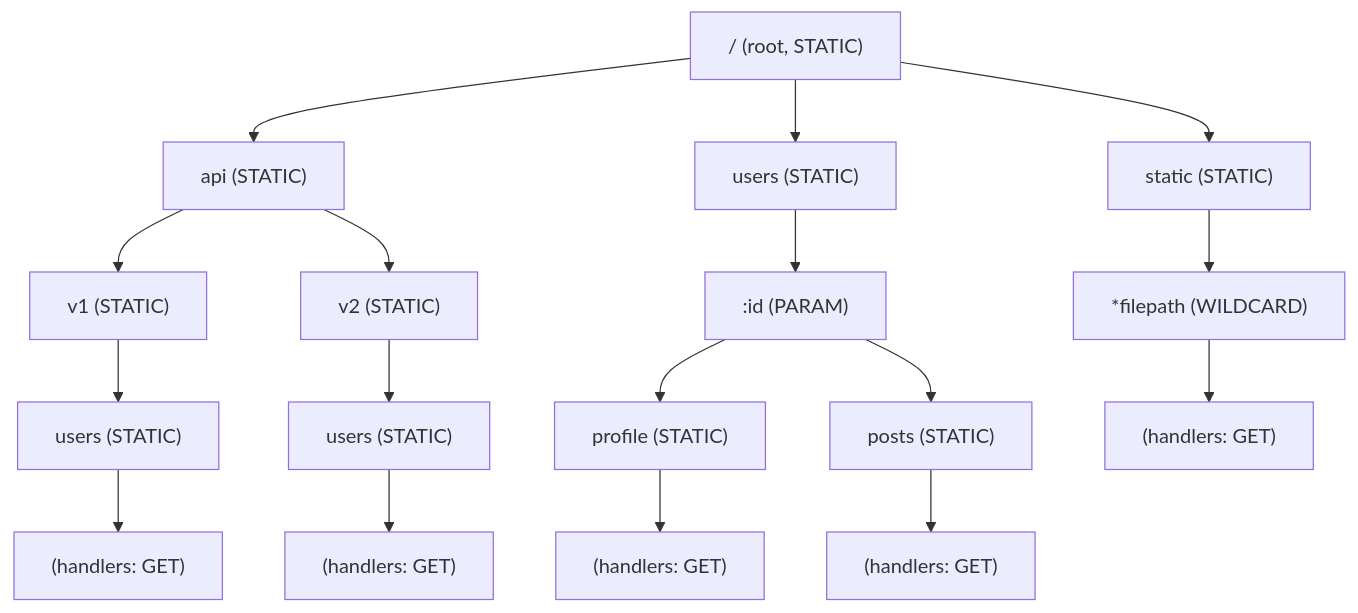
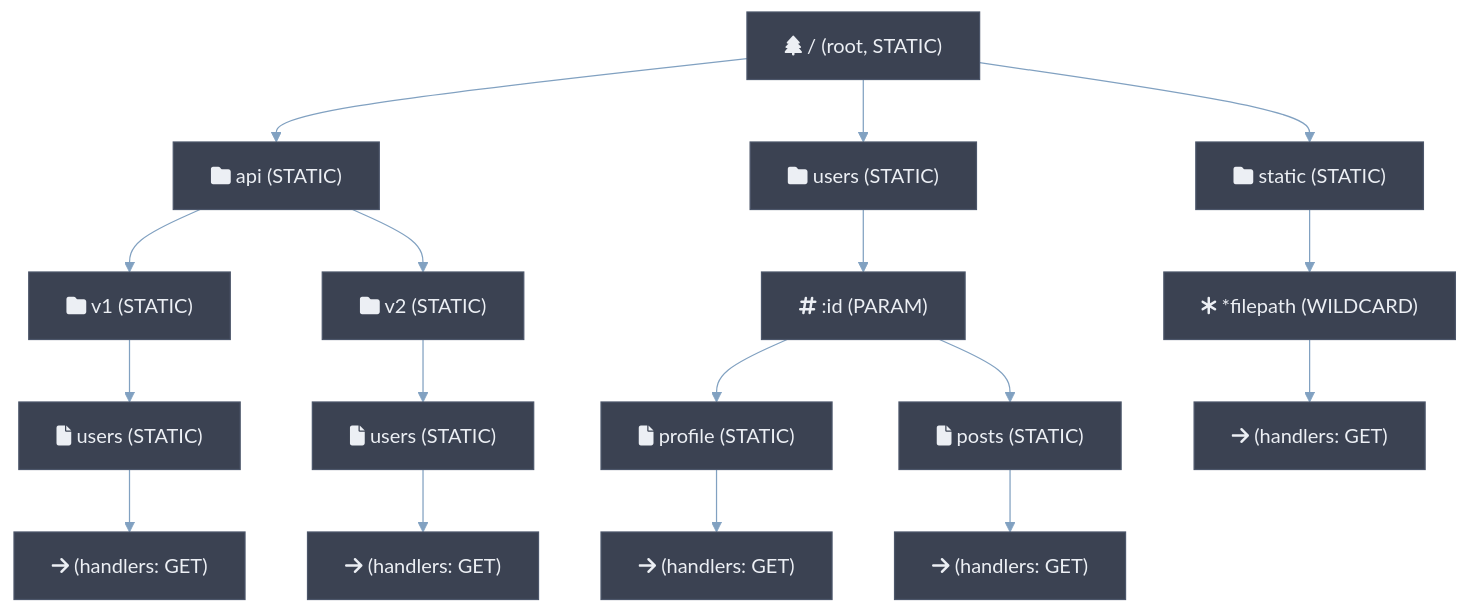
The second of 5 diagrams in docs/module-design/router.md (quintin-lee/csilk), drawn with Mermaid before and after one commit. The commit also changed other lines of this file and 30 other files, not shown here.

Commit message:
docs(docs): 📝 apply Nord Mermaid theme, RFC 2119 keywords, and quantified metrics to all docs

````diff
--- a/docs/module-design/router.md
+++ b/docs/module-design/router.md
@@ -19,27 +41,49 @@
 ```mermaid
+%%{init: {
+  'theme': 'base',
+  'themeVariables': {
+    'background': '#2E3440',
+    'primaryColor': '#81A1C1',
+    'primaryBorderColor': '#4C566A',
+    'primaryTextColor': '#ECEFF4',
+    'secondaryColor': '#3B4252',
+    'secondaryBorderColor': '#434C5E',
+    'secondaryTextColor': '#D8DEE9',
+    'lineColor': '#81A1C1',
+    'textColor': '#ECEFF4',
+    'mainBkg': '#3B4252',
+    'nodeBorder': '#4C566A',
+    'clusterBkg': '#2E3440',
+    'clusterBorder': '#4C566A',
+    'titleColor': '#ECEFF4',
+    'edgeLabelBackground': '#3B4252',
+    'nodeTextColor': '#ECEFF4'
+  },
+  'flowchart': {'htmlLabels': true, 'curve': 'basis'}
+}}%%
 graph TB
-    ROOT["/ (root, STATIC)"]
+    ROOT["fa:fa-tree / (root, STATIC)"]
 
-    ROOT --> API["api (STATIC)"]
+    ROOT --> API["fa:fa-folder api (STATIC)"]
 
-    API --> V1["v1 (STATIC)"]
-    API --> V2["v2 (STATIC)"]
+    API --> V1["fa:fa-folder v1 (STATIC)"]
+    API --> V2["fa:fa-folder v2 (STATIC)"]
 
-    V1 --> US["users (STATIC)"]
-    V2 --> US2["users (STATIC)"]
+    V1 --> US["fa:fa-file users (STATIC)"]
+    V2 --> US2["fa:fa-file users (STATIC)"]
 
-    US --> GET1["(handlers: GET)"]
-    US2 --> GET2["(handlers: GET)"]
+    US --> GET1["fa:fa-arrow-right (handlers: GET)"]
+    US2 --> GET2["fa:fa-arrow-right (handlers: GET)"]
 
-    ROOT --> USERS["users (STATIC)"]
-    USERS --> PID[":id (PARAM)"]
-    PID --> PROFILE["profile (STATIC)"]
-    PID --> POSTS["posts (STATIC)"]
+    ROOT --> USERS["fa:fa-folder users (STATIC)"]
+    USERS --> PID["fa:fa-hashtag :id (PARAM)"]
+    PID --> PROFILE["fa:fa-file profile (STATIC)"]
+    PID --> POSTS["fa:fa-file posts (STATIC)"]
 
-    PROFILE --> GET3["(handlers: GET)"]
-    POSTS --> GET4["(handlers: GET)"]
+    PROFILE --> GET3["fa:fa-arrow-right (handlers: GET)"]
+    POSTS --> GET4["fa:fa-arrow-right (handlers: GET)"]
 
-    ROOT --> STATIC["static (STATIC)"]
-    STATIC --> WF["*filepath (WILDCARD)"]
-    WF --> GET5["(handlers: GET)"]
+    ROOT --> STATIC["fa:fa-folder static (STATIC)"]
+    STATIC --> WF["fa:fa-asterisk *filepath (WILDCARD)"]
+    WF --> GET5["fa:fa-arrow-right (handlers: GET)"]
 ```
````
